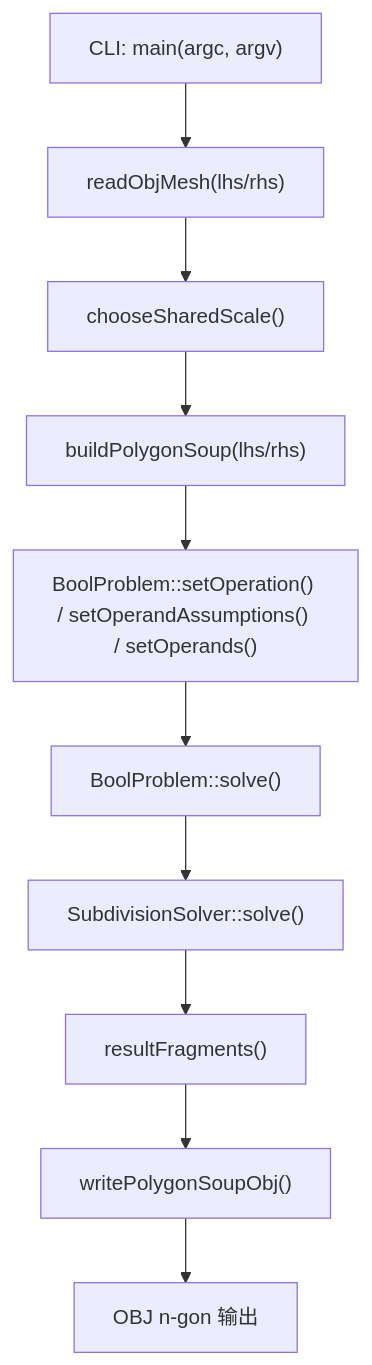
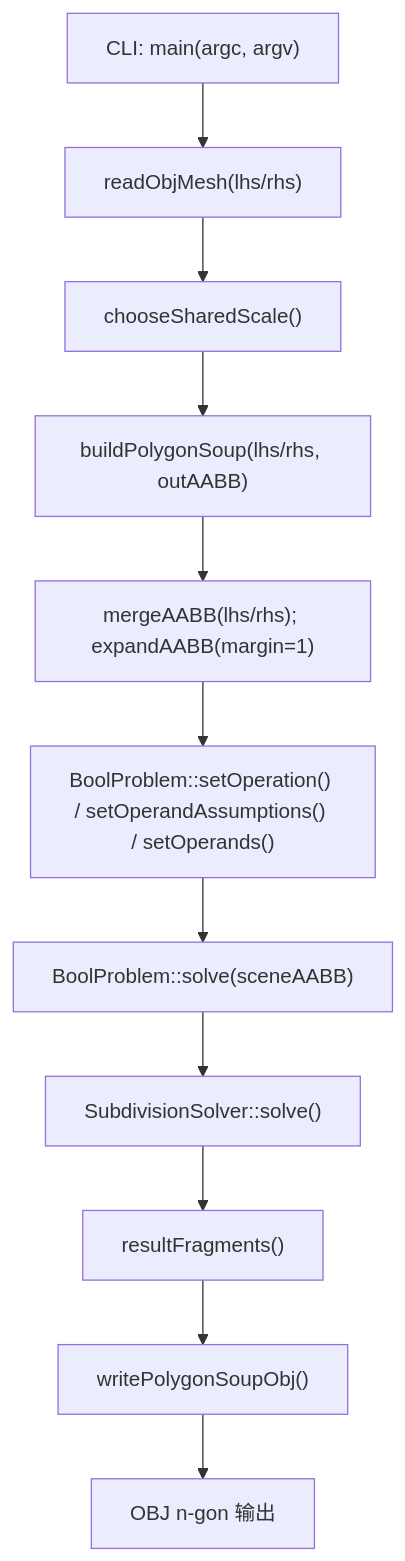
One commit to SDU-YueQiu/re-EMBER changed the first of 11 diagrams in docs/core-logic-flow.md. Above: the diagram before and after it, drawn with Mermaid. The commit also changed other lines of this file and 7 other files, not shown here.

````diff
--- a/docs/core-logic-flow.md
+++ b/docs/core-logic-flow.md
@@ -32,12 +32,13 @@
 ```mermaid
 flowchart TD
     A["CLI: main(argc, argv)"] --> B["readObjMesh(lhs/rhs)"]
     B --> C["chooseSharedScale()"]
-    C --> D["buildPolygonSoup(lhs/rhs)"]
-    D --> E["BoolProblem::setOperation() / setOperandAssumptions() / setOperands()"]
-    E --> F["BoolProblem::solve()"]
-    F --> G["SubdivisionSolver::solve()"]
-    G --> H["resultFragments()"]
-    H --> I["writePolygonSoupObj()"]
-    I --> J["OBJ n-gon 输出"]
+    C --> D["buildPolygonSoup(lhs/rhs, outAABB)"]
+    D --> E["mergeAABB(lhs/rhs); expandAABB(margin=1)"]
+    E --> F["BoolProblem::setOperation() / setOperandAssumptions() / setOperands()"]
+    F --> G["BoolProblem::solve(sceneAABB)"]
+    G --> H["SubdivisionSolver::solve()"]
+    H --> I["resultFragments()"]
+    I --> J["writePolygonSoupObj()"]
+    J --> K["OBJ n-gon 输出"]
 ```
````
